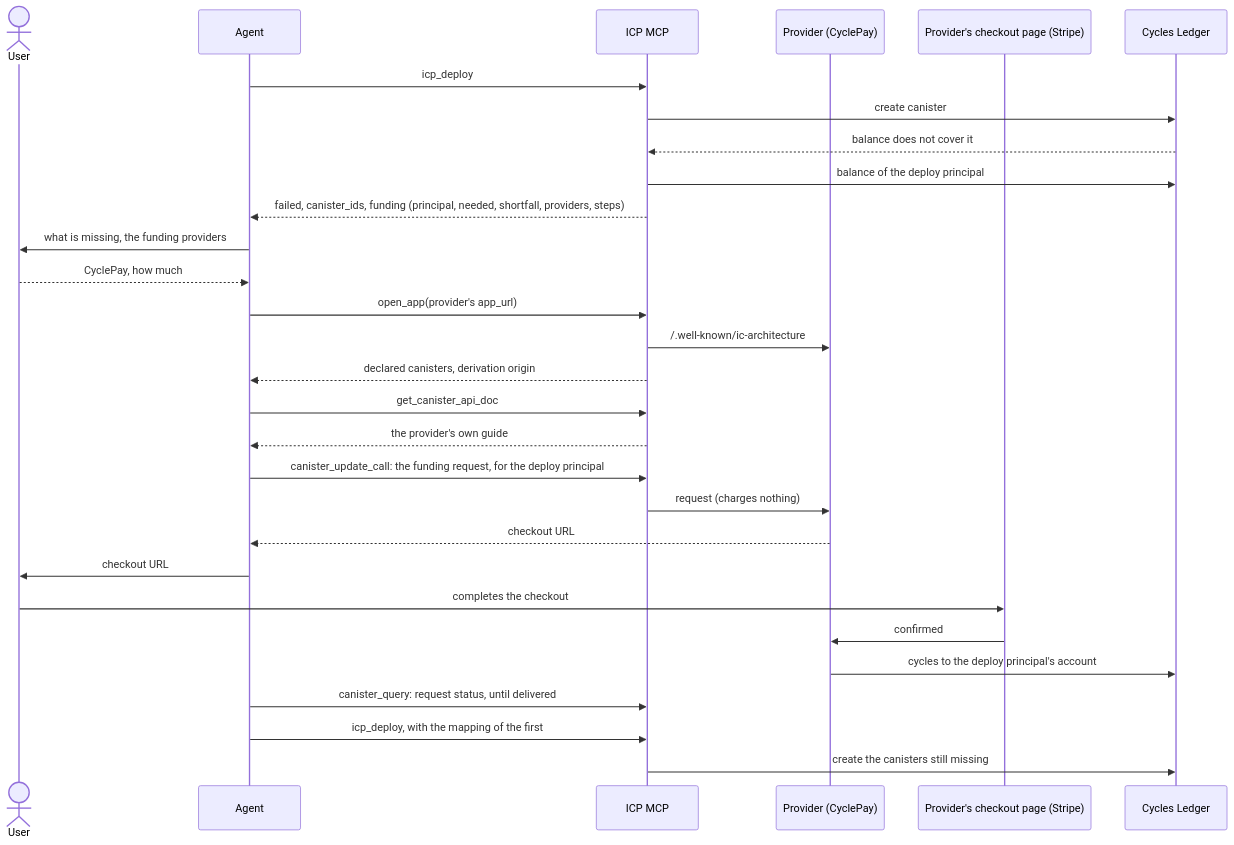
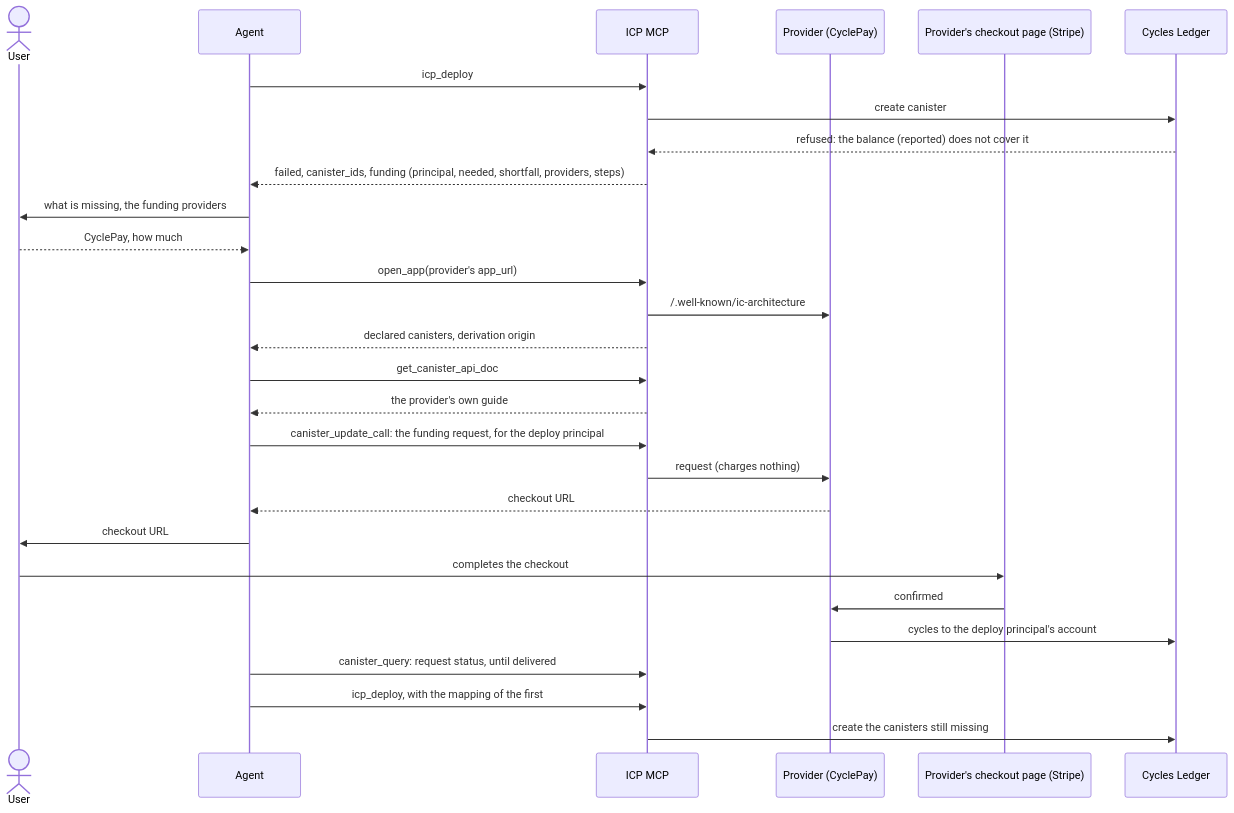
One commit to dfinity/imcp2 changed the diagram in docs/scoping-cycles-funding.md. Above: the diagram before and after it, drawn with Mermaid. The commit also changed other lines of this file and 6 other files, not shown here.

````diff
--- a/docs/scoping-cycles-funding.md
+++ b/docs/scoping-cycles-funding.md
@@ -184,32 +189,31 @@
 ```mermaid
 sequenceDiagram
     actor U as User
     participant A as Agent
     participant M as ICP MCP
     participant P as Provider (CyclePay)
     participant S as Provider's checkout page (Stripe)
     participant L as Cycles Ledger
 
     A->>M: icp_deploy
     M->>L: create canister
-    L-->>M: balance does not cover it
-    M->>L: balance of the deploy principal
+    L-->>M: refused: the balance (reported) does not cover it
     M-->>A: failed, canister_ids, funding (principal, needed, shortfall, providers, steps)
     A->>U: what is missing, the funding providers
     U-->>A: CyclePay, how much
     A->>M: open_app(provider's app_url)
     M->>P: /.well-known/ic-architecture
     M-->>A: declared canisters, derivation origin
     A->>M: get_canister_api_doc
     M-->>A: the provider's own guide
     A->>M: canister_update_call: the funding request, for the deploy principal
     M->>P: request (charges nothing)
     P-->>A: checkout URL
     A->>U: checkout URL
     U->>S: completes the checkout
     S->>P: confirmed
     P->>L: cycles to the deploy principal's account
     A->>M: canister_query: request status, until delivered
     A->>M: icp_deploy, with the mapping of the first
     M->>L: create the canisters still missing
 ```
````
